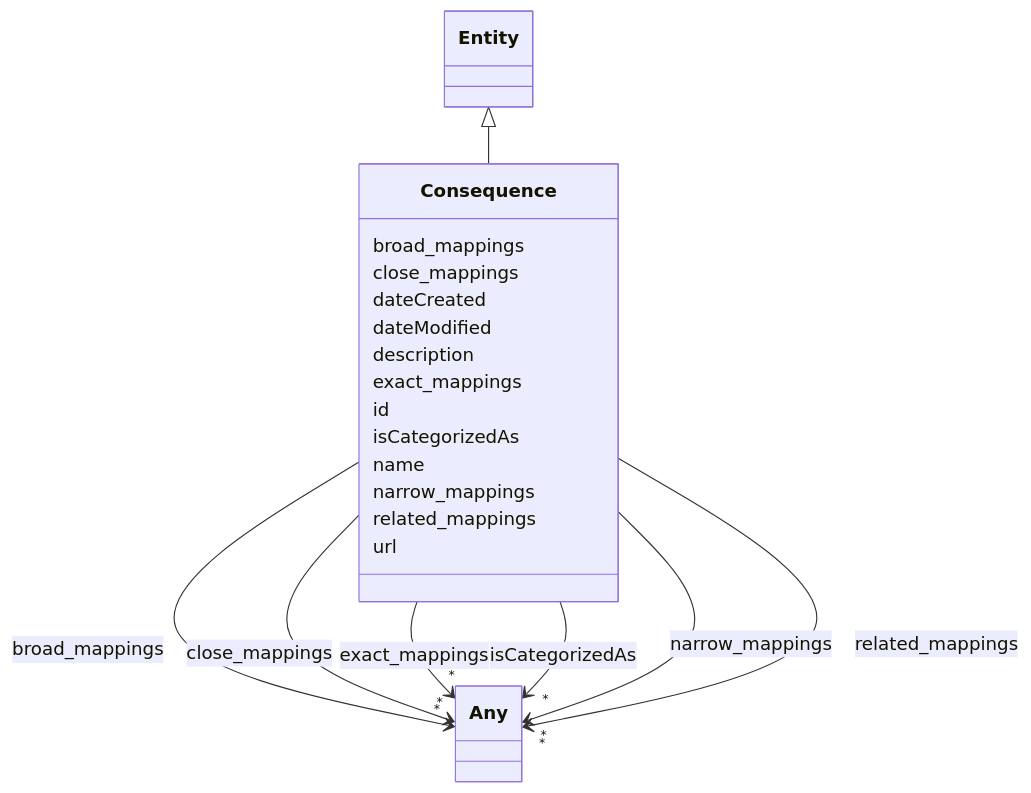
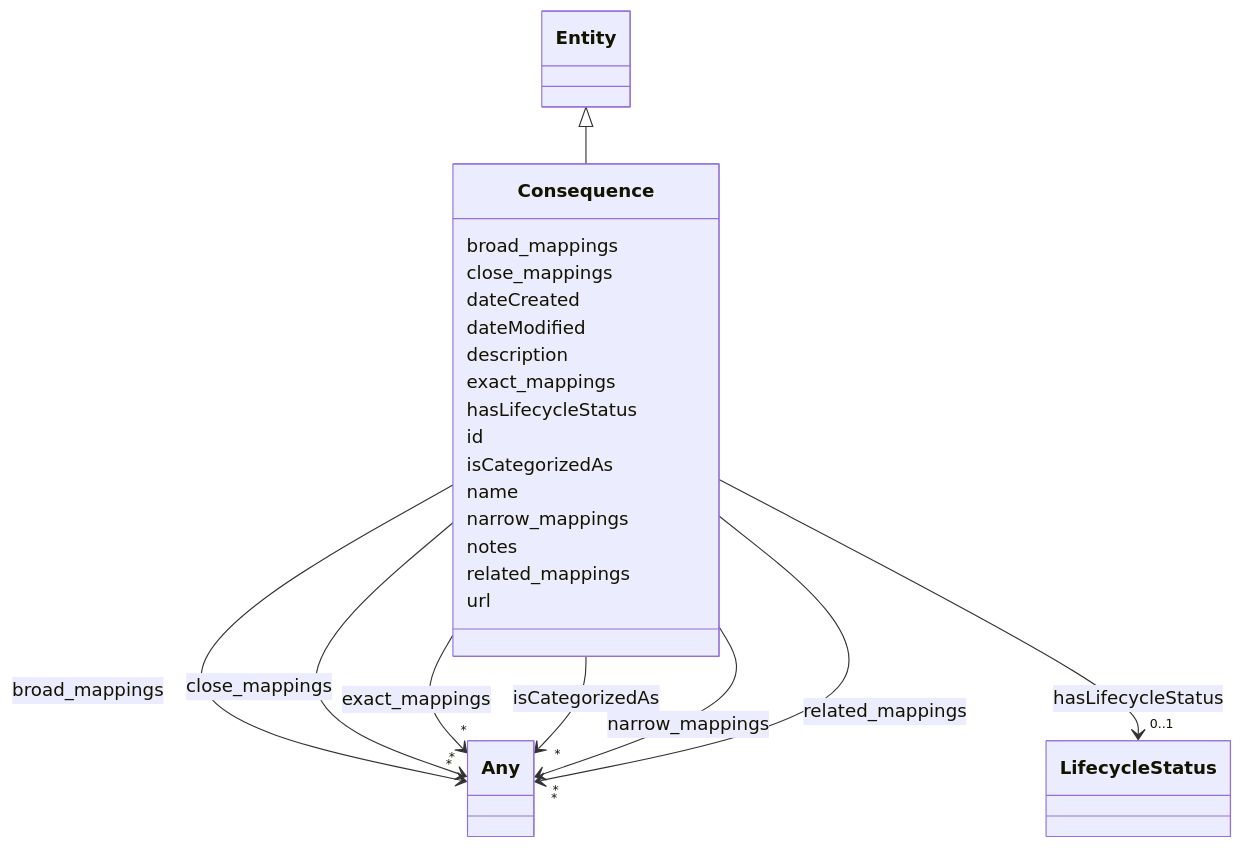
The diagram in docs/ontology/Consequence.md (ingelise/risk-atlas-nexus), drawn with Mermaid before and after one commit. The commit also changed other lines of this file and 190 other files, not shown here.

```diff
--- a/docs/ontology/Consequence.md
+++ b/docs/ontology/Consequence.md
@@ -55,6 +55,17 @@
 
 
 
+      Consequence : hasLifecycleStatus
+
+
+
+
+
+        Consequence --> "0..1" LifecycleStatus : hasLifecycleStatus
+        click LifecycleStatus href "../LifecycleStatus/"
+
+
+
       Consequence : id
 
       Consequence : isCategorizedAs
@@ -81,6 +92,8 @@
 
 
 
+      Consequence : notes
+
       Consequence : related_mappings
 
 
```
